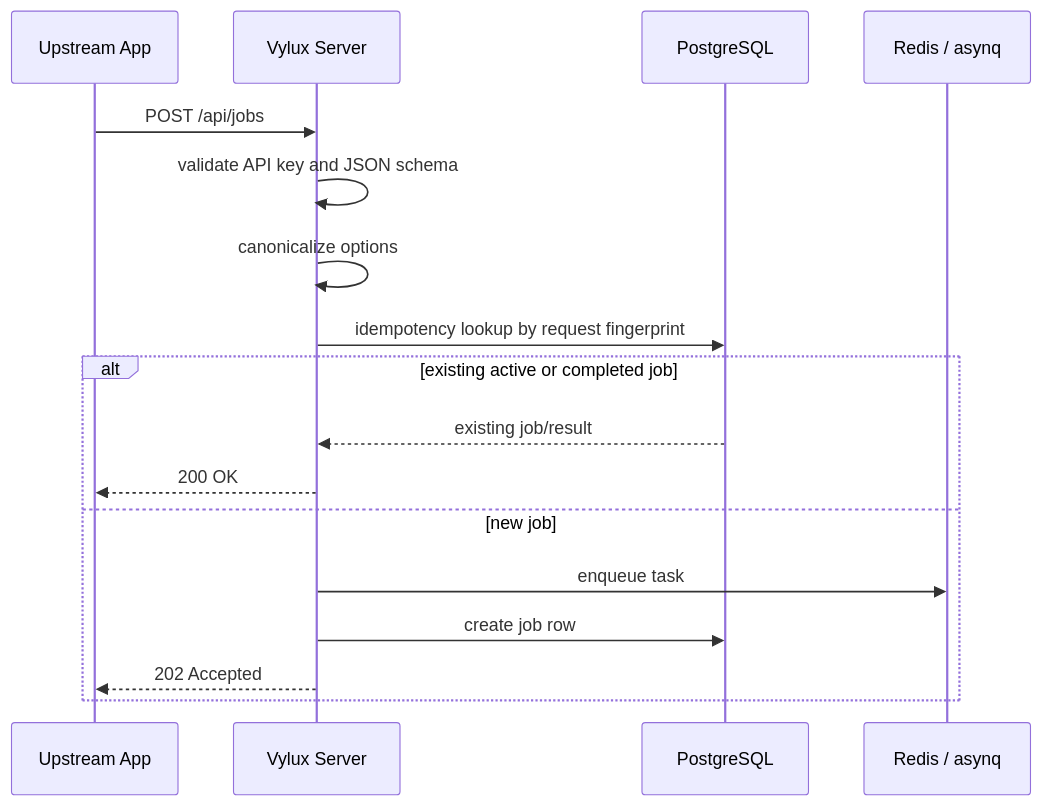
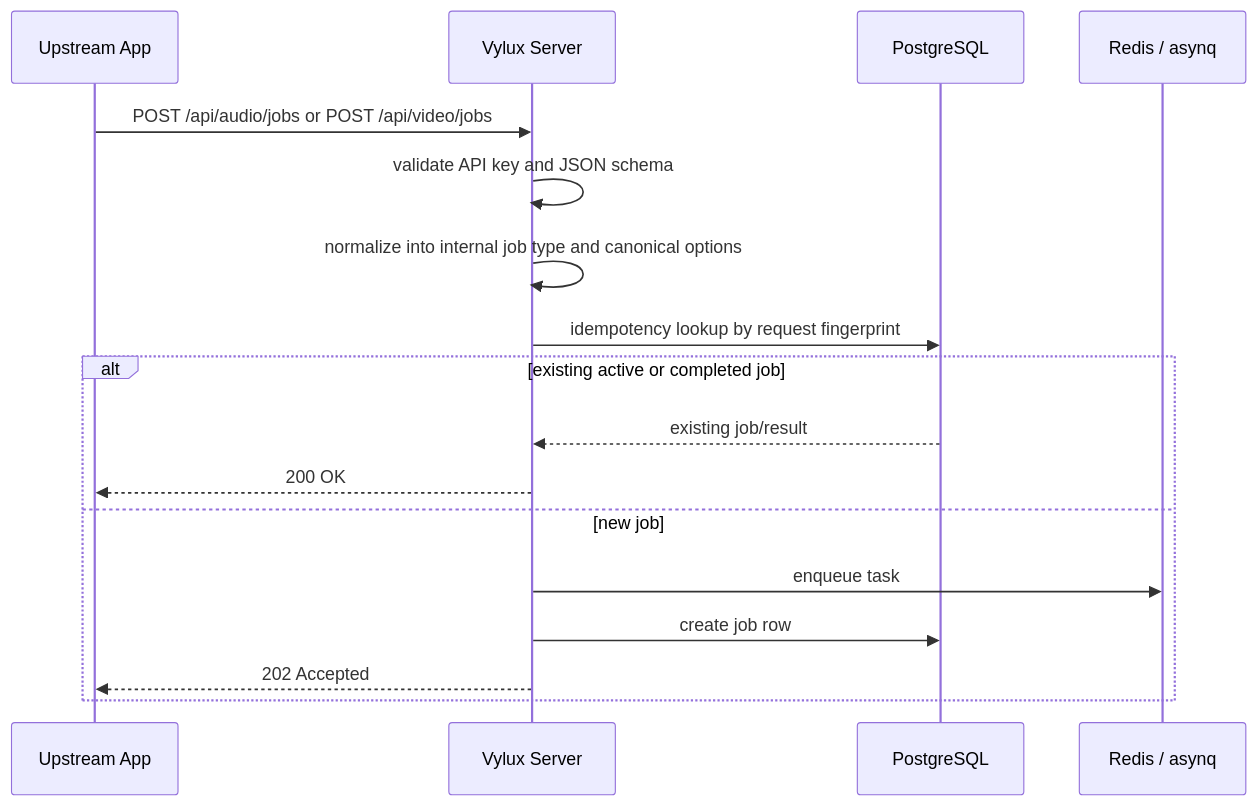
One commit to carry0987/Vylux changed the second of 3 diagrams in docs/architecture/request-lifecycle.md. Above: the diagram before and after it, drawn with Mermaid. The commit also changed other lines of this file and 31 other files, not shown here.

````diff
--- a/docs/architecture/request-lifecycle.md
+++ b/docs/architecture/request-lifecycle.md
@@ -81,20 +81,20 @@
 ```mermaid
 sequenceDiagram
 	participant App as Upstream App
 	participant Server as Vylux Server
 	participant PG as PostgreSQL
 	participant Redis as Redis / asynq
 
-	App->>Server: POST /api/jobs
+	App->>Server: POST /api/audio/jobs or POST /api/video/jobs
 	Server->>Server: validate API key and JSON schema
-	Server->>Server: canonicalize options
+	Server->>Server: normalize into internal job type and canonical options
 	Server->>PG: idempotency lookup by request fingerprint
 	alt existing active or completed job
 		PG-->>Server: existing job/result
 		Server-->>App: 200 OK
 	else new job
 		Server->>Redis: enqueue task
 		Server->>PG: create job row
 		Server-->>App: 202 Accepted
 	end
 ```
````
